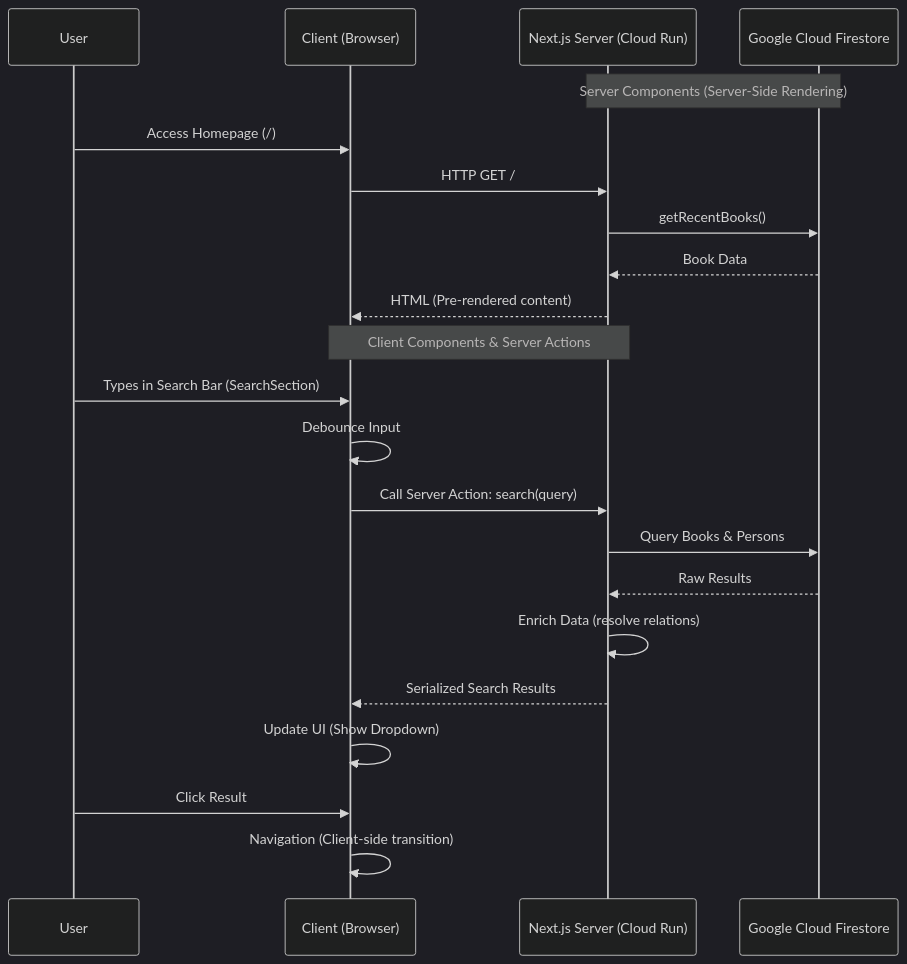
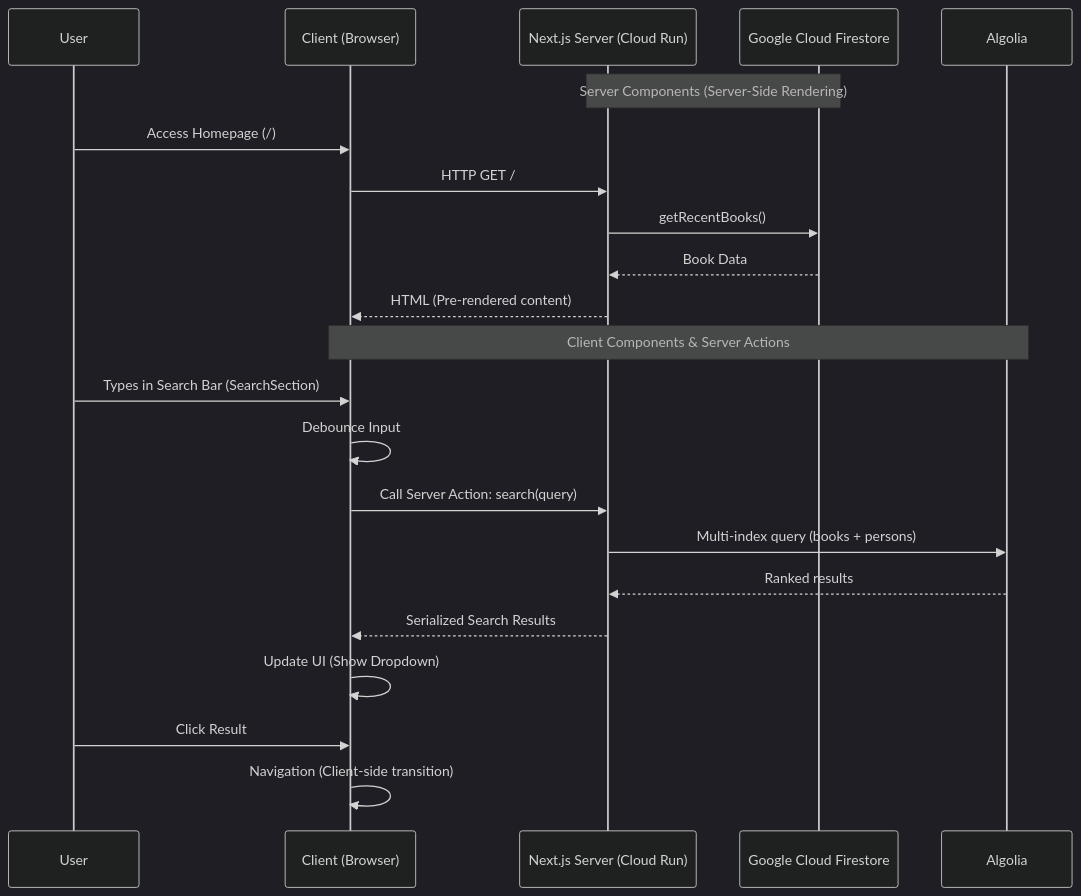
The second of 2 diagrams in docs/ARCHITECTURE.md (ksato9700/aozora-pages), drawn with Mermaid (dark theme) before and after one commit. The commit also changed other lines of this file and 3 other files, not shown here.

````diff
--- a/docs/ARCHITECTURE.md
+++ b/docs/ARCHITECTURE.md
@@ -123,28 +91,28 @@
 ```mermaid
 sequenceDiagram
     participant User
     participant Browser as Client (Browser)
     participant Server as Next.js Server (Cloud Run)
     participant Firestore as Google Cloud Firestore
+    participant Algolia as Algolia
 
     Note over Server, Firestore: Server Components (Server-Side Rendering)
 
     User->>Browser: Access Homepage (/)
     Browser->>Server: HTTP GET /
     Server->>Firestore: getRecentBooks()
     Firestore-->>Server: Book Data
     Server-->>Browser: HTML (Pre-rendered content)
 
-    Note over Browser, Server: Client Components & Server Actions
+    Note over Browser, Algolia: Client Components & Server Actions
 
     User->>Browser: Types in Search Bar (SearchSection)
     Browser->>Browser: Debounce Input
     Browser->>Server: Call Server Action: search(query)
-    Server->>Firestore: Query Books & Persons
-    Firestore-->>Server: Raw Results
-    Server->>Server: Enrich Data (resolve relations)
+    Server->>Algolia: Multi-index query (books + persons)
+    Algolia-->>Server: Ranked results
     Server-->>Browser: Serialized Search Results
     Browser->>Browser: Update UI (Show Dropdown)
     User->>Browser: Click Result
     Browser->>Browser: Navigation (Client-side transition)
 ```
````
